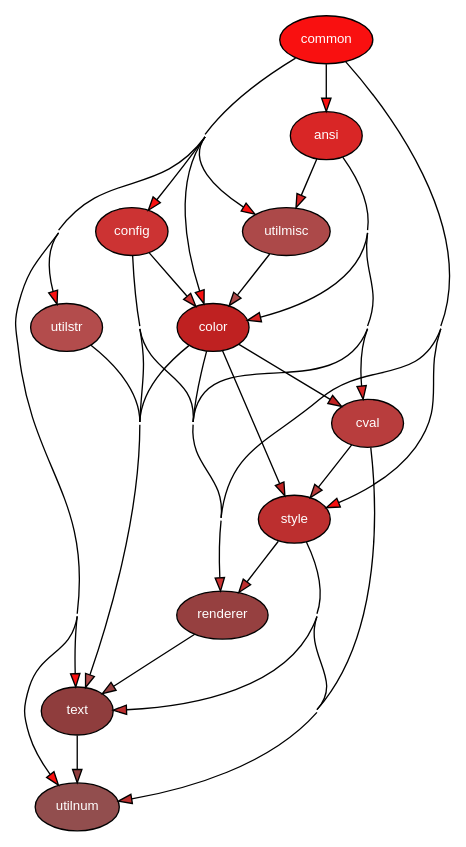
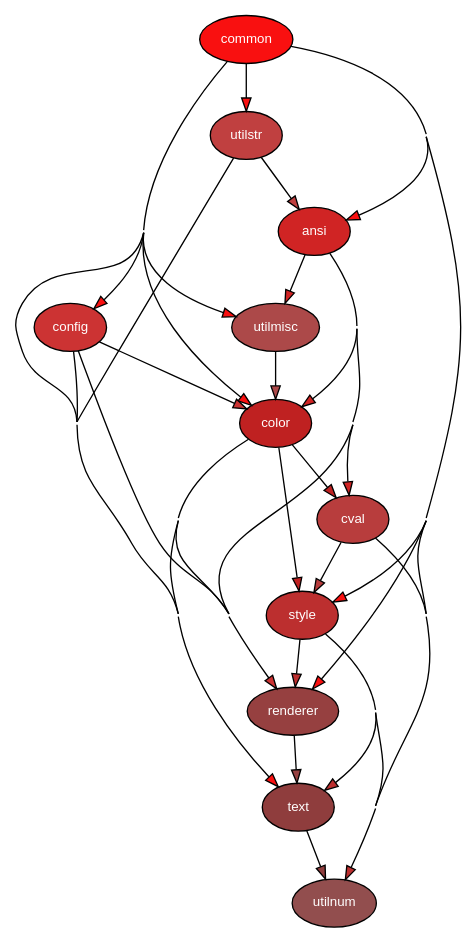
One commit to delameter/pytermor changed the diagram in docs/generated/module.dot. Above: the diagram before and after it, drawn with Graphviz. The commit also changed 24 other files, not shown here.

Commit message:
🌱 NEW: +3 base sequence classes, +26 preset sequences

```diff
--- a/docs/generated/module.dot
+++ b/docs/generated/module.dot
@@ -1,48 +1,49 @@
 
 digraph G {
     concentrate = true;
 
     rankdir = TB;
     node [style=filled,fillcolor="#ffffff",fontcolor="#000000",fontname=Helvetica,fontsize=10];
 
-    pytermor_ansi [fillcolor="#d92626",fontcolor="#ffffff",label="ansi"];
+    pytermor_ansi [fillcolor="#d02424",fontcolor="#ffffff",label="ansi"];
     pytermor_color [fillcolor="#bf2121",fontcolor="#ffffff",label="color"];
     pytermor_common [fillcolor="#f91010",fontcolor="#ffffff",label="common"];
     pytermor_config [fillcolor="#cc3333",fontcolor="#ffffff",label="config"];
     pytermor_cval [fillcolor="#b83d3d",fontcolor="#ffffff",label="cval"];
     pytermor_renderer [fillcolor="#964040",fontcolor="#ffffff",label="renderer"];
     pytermor_style [fillcolor="#bc2f2f",fontcolor="#ffffff",label="style"];
     pytermor_text [fillcolor="#8f3d3d",fontcolor="#ffffff",label="text"];
     pytermor_utilmisc [fillcolor="#ac4949",fontcolor="#ffffff",label="utilmisc"];
     pytermor_utilnum [fillcolor="#924e4e",fontcolor="#ffffff",label="utilnum"];
-    pytermor_utilstr [fillcolor="#b34c4c",fontcolor="#ffffff",label="utilstr"];
-    pytermor_ansi -> pytermor_color [fillcolor="#d92626"];
-    pytermor_ansi -> pytermor_cval [fillcolor="#d92626"];
-    pytermor_ansi -> pytermor_renderer [fillcolor="#d92626"];
-    pytermor_ansi -> pytermor_utilmisc [fillcolor="#d92626"];
+    pytermor_utilstr [fillcolor="#c04040",fontcolor="#ffffff",label="utilstr"];
+    pytermor_ansi -> pytermor_color [fillcolor="#d02424"];
+    pytermor_ansi -> pytermor_cval [fillcolor="#d02424"];
+    pytermor_ansi -> pytermor_renderer [fillcolor="#d02424"];
+    pytermor_ansi -> pytermor_utilmisc [fillcolor="#d02424"];
     pytermor_color -> pytermor_cval [fillcolor="#bf2121"];
     pytermor_color -> pytermor_renderer [fillcolor="#bf2121"];
     pytermor_color -> pytermor_style [fillcolor="#bf2121"];
     pytermor_color -> pytermor_text [fillcolor="#bf2121"];
     pytermor_common -> pytermor_ansi [fillcolor="#f91010"];
     pytermor_common -> pytermor_color [fillcolor="#f91010"];
     pytermor_common -> pytermor_config [fillcolor="#f91010"];
     pytermor_common -> pytermor_renderer [fillcolor="#f91010"];
     pytermor_common -> pytermor_style [fillcolor="#f91010"];
     pytermor_common -> pytermor_text [fillcolor="#f91010"];
     pytermor_common -> pytermor_utilmisc [fillcolor="#f91010"];
     pytermor_common -> pytermor_utilnum [fillcolor="#f91010"];
     pytermor_common -> pytermor_utilstr [fillcolor="#f91010"];
     pytermor_config -> pytermor_color [fillcolor="#cc3333"];
     pytermor_config -> pytermor_renderer [fillcolor="#cc3333"];
     pytermor_config -> pytermor_text [fillcolor="#cc3333"];
     pytermor_cval -> pytermor_style [fillcolor="#b83d3d"];
     pytermor_cval -> pytermor_utilnum [fillcolor="#b83d3d"];
     pytermor_renderer -> pytermor_text [fillcolor="#964040"];
     pytermor_style -> pytermor_renderer [fillcolor="#bc2f2f"];
     pytermor_style -> pytermor_text [fillcolor="#bc2f2f"];
     pytermor_style -> pytermor_utilnum [fillcolor="#bc2f2f"];
     pytermor_text -> pytermor_utilnum [fillcolor="#8f3d3d"];
     pytermor_utilmisc -> pytermor_color [fillcolor="#ac4949"];
-    pytermor_utilstr -> pytermor_text [fillcolor="#b34c4c"];
+    pytermor_utilstr -> pytermor_ansi [fillcolor="#c04040"];
+    pytermor_utilstr -> pytermor_text [fillcolor="#c04040"];
 }
```
